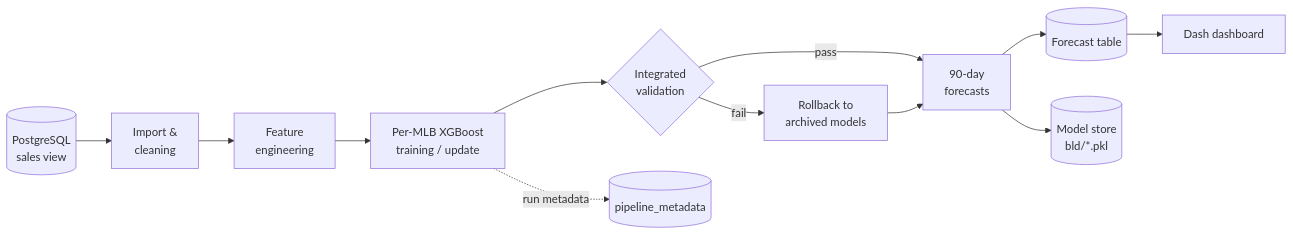
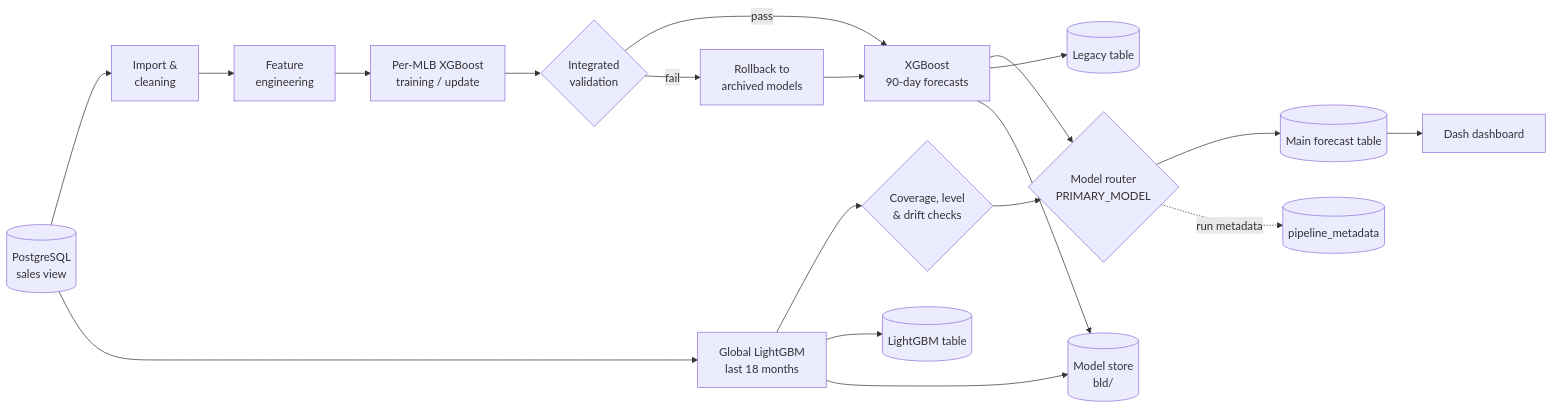
One commit to Okim343/Project-Sales-Prediction changed the diagram in README.md. Above: the diagram before and after it, drawn with Mermaid. The commit also changed other lines of this file, not shown here.

First line of the commit message:
Update README for merged LightGBM routing on main

````diff
--- a/README.md
+++ b/README.md
@@ -53,14 +54,21 @@
 ```mermaid
 flowchart LR
     A[(PostgreSQL<br/>sales view)] --> B[Import &<br/>cleaning]
     B --> C[Feature<br/>engineering]
     C --> D[Per-MLB XGBoost<br/>training / update]
     D --> E{Integrated<br/>validation}
-    E -- pass --> F[90-day<br/>forecasts]
+    E -- pass --> F[XGBoost<br/>90-day forecasts]
     E -- fail --> G[Rollback to<br/>archived models]
     G --> F
-    F --> H[(Forecast table)]
-    F --> I[(Model store<br/>bld/*.pkl)]
+    A --> L[Global LightGBM<br/>last 18 months]
+    L --> M{Coverage, level<br/>& drift checks}
+    F --> R{Model router<br/>PRIMARY_MODEL}
+    M --> R
+    F --> FL[(Legacy table)]
+    L --> LL[(LightGBM table)]
+    R --> H[(Main forecast table)]
+    F --> I[(Model store<br/>bld/)]
+    L --> I
     H --> J[Dash dashboard]
-    D -. run metadata .-> K[(pipeline_metadata)]
+    R -. run metadata .-> K[(pipeline_metadata)]
 ```
````
